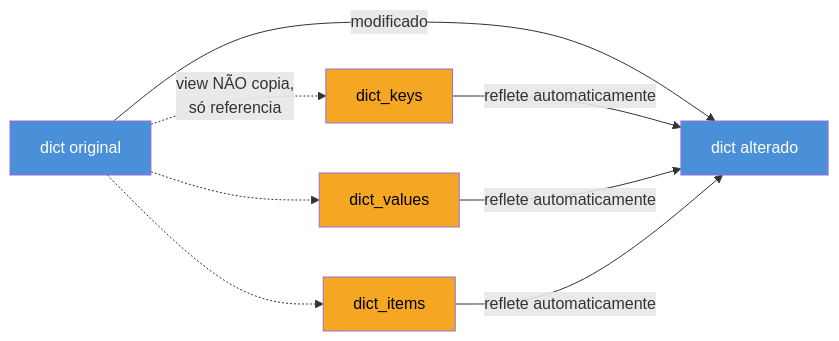
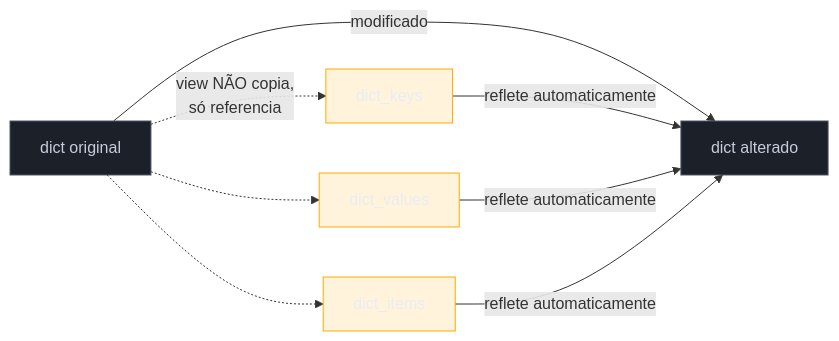
Before and after one commit to josenaldo/codex-technomanticus: the first of 3 diagrams in 03-Dominios/Tecnologia/Python/Collections e Comprehensions/03 - Dicionários.md, drawn with Mermaid. The commit also changed other lines of this file and 1181 other files, not shown here.

First line of the commit message:
fix(diagramas): paleta do sistema no lugar de cor cravada no markdown

````diff
--- a/03-Dominios/Tecnologia/Python/Collections e Comprehensions/03 - Dicionários.md
+++ b/03-Dominios/Tecnologia/Python/Collections e Comprehensions/03 - Dicionários.md
@@ -179,16 +179,18 @@
 ```mermaid
 flowchart LR
+    classDef neutro fill:#1B2029,stroke:#4E5666,color:#C6CCD8
+    classDef destaque fill:#FFAA0024,stroke:#FFAA00,color:#E9ECF2
     D["dict original"] -.->|"view NÃO copia,\nsó referencia"| K["dict_keys"]
     D -.-> V["dict_values"]
     D -.-> I["dict_items"]
     D -->|"modificado"| D2["dict alterado"]
     K -->|"reflete automaticamente"| D2
     V -->|"reflete automaticamente"| D2
     I -->|"reflete automaticamente"| D2
 
-    style D fill:#4A90D9,color:#fff
-    style D2 fill:#4A90D9,color:#fff
-    style K fill:#F5A623,color:#000
-    style V fill:#F5A623,color:#000
-    style I fill:#F5A623,color:#000
+    class D neutro
+    class D2 neutro
+    class K destaque
+    class V destaque
+    class I destaque
 ```
````
